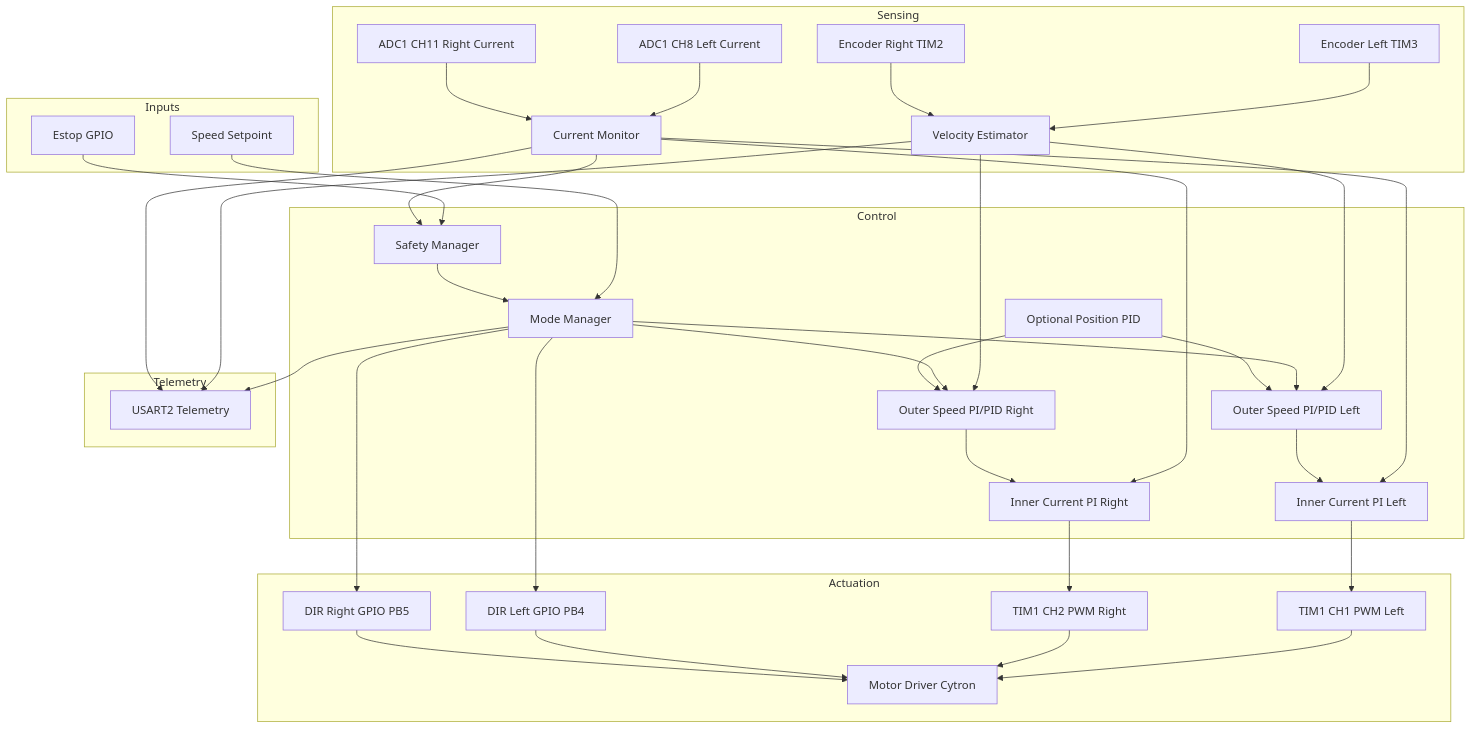
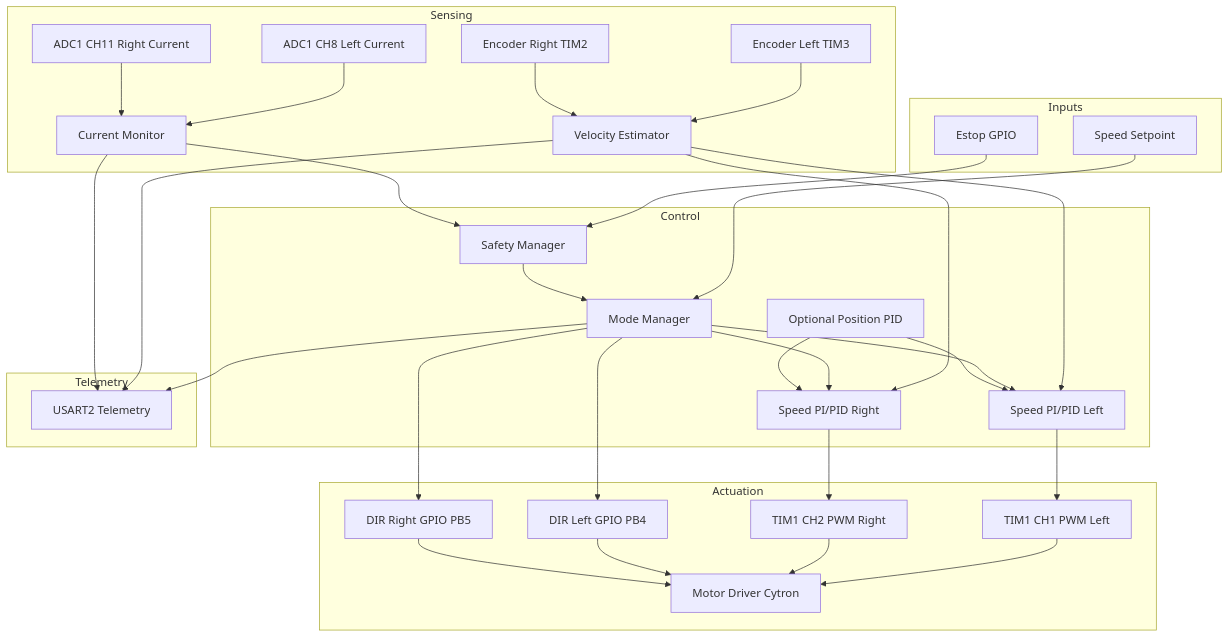
Before and after one commit to KartikMehta-1/AMR-development: the first of 3 diagrams in docs/firmware_motor_control.md, drawn with Mermaid. The commit also changed other lines of this file and 14 other files, not shown here.

````diff
--- a/docs/firmware_motor_control.md
+++ b/docs/firmware_motor_control.md
@@ -5,75 +5,69 @@
 ```mermaid
 graph TD
   %% High level control architecture
   subgraph Inputs
     CMD[Speed Setpoint]
     ESTOP[Estop GPIO]
   end
 
   subgraph Sensing
     ENC_L[Encoder Left TIM3]
     ENC_R[Encoder Right TIM2]
     ADC_L[ADC1 CH8 Left Current]
     ADC_R[ADC1 CH11 Right Current]
     VEL[Velocity Estimator]
     CUR_MON[Current Monitor]
   end
 
   subgraph Control
     MODE[Mode Manager]
     SAFE[Safety Manager]
-    I_L[Inner Current PI Left]
-    I_R[Inner Current PI Right]
-    W_L[Outer Speed PI/PID Left]
-    W_R[Outer Speed PI/PID Right]
+    W_L[Speed PI/PID Left]
+    W_R[Speed PI/PID Right]
     POS[Optional Position PID]
   end
 
   subgraph Actuation
     PWM1[TIM1 CH1 PWM Left]
     PWM2[TIM1 CH2 PWM Right]
     DIRL[DIR Left GPIO PB4]
     DIRR[DIR Right GPIO PB5]
     MDD[Motor Driver Cytron]
   end
 
   subgraph Telemetry
     UART[USART2 Telemetry]
   end
 
   %% Data flow
   CMD --> MODE
   ESTOP --> SAFE
   SAFE --> MODE
 
   ENC_L --> VEL
   ENC_R --> VEL
   VEL --> W_L
   VEL --> W_R
 
   ADC_L --> CUR_MON
   ADC_R --> CUR_MON
   CUR_MON --> SAFE
-  CUR_MON --> I_L
-  CUR_MON --> I_R
 
   MODE --> W_L
   MODE --> W_R
   POS --> W_L
   POS --> W_R
-  W_L --> I_L
-  W_R --> I_R
-  I_L --> PWM1
-  I_R --> PWM2
+  W_L --> PWM1
+  W_R --> PWM2
   MODE --> DIRL
   MODE --> DIRR
 
   PWM1 --> MDD
   PWM2 --> MDD
   DIRL --> MDD
   DIRR --> MDD
 
   VEL --> UART
   CUR_MON --> UART
   MODE --> UART
 ```
````
